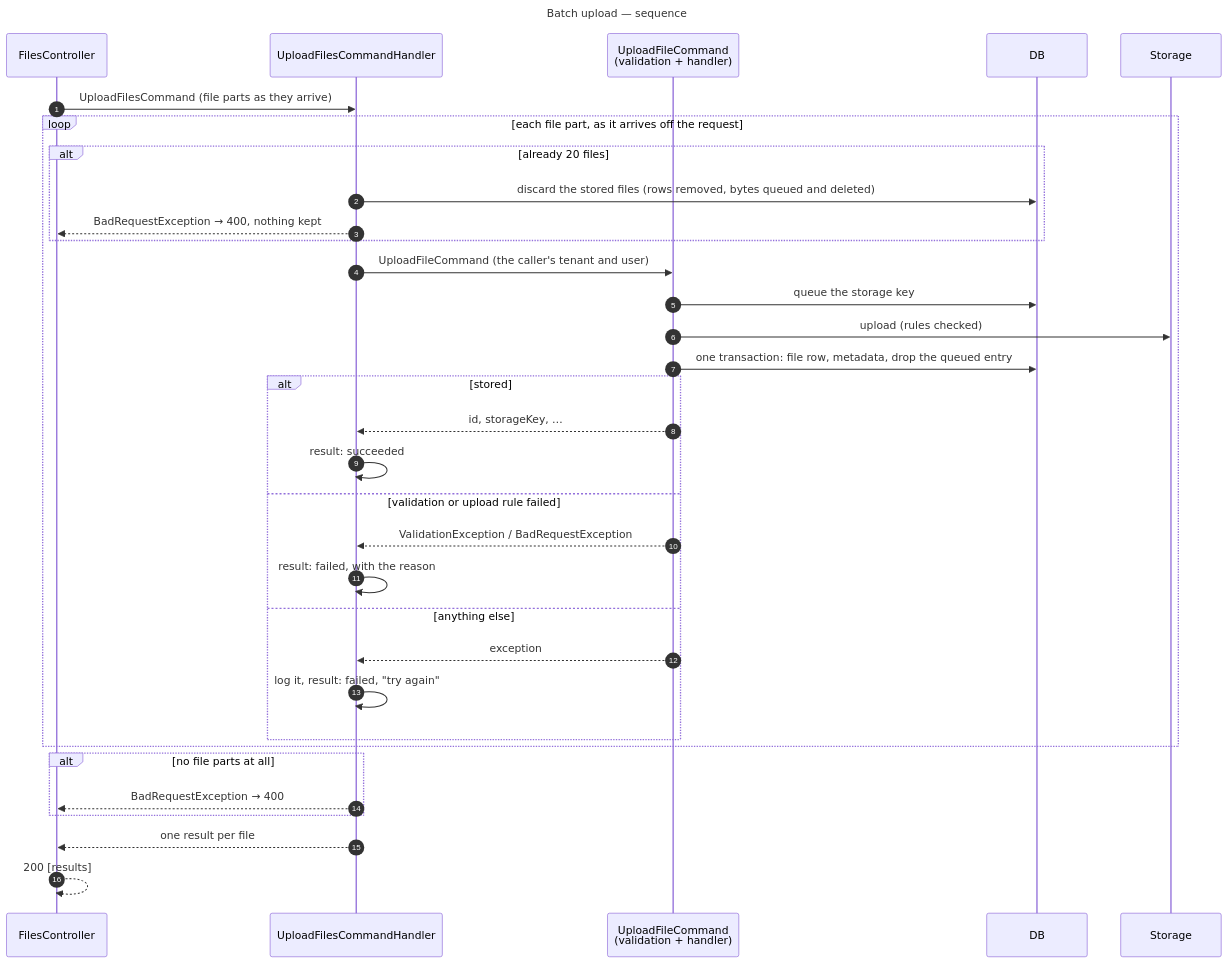
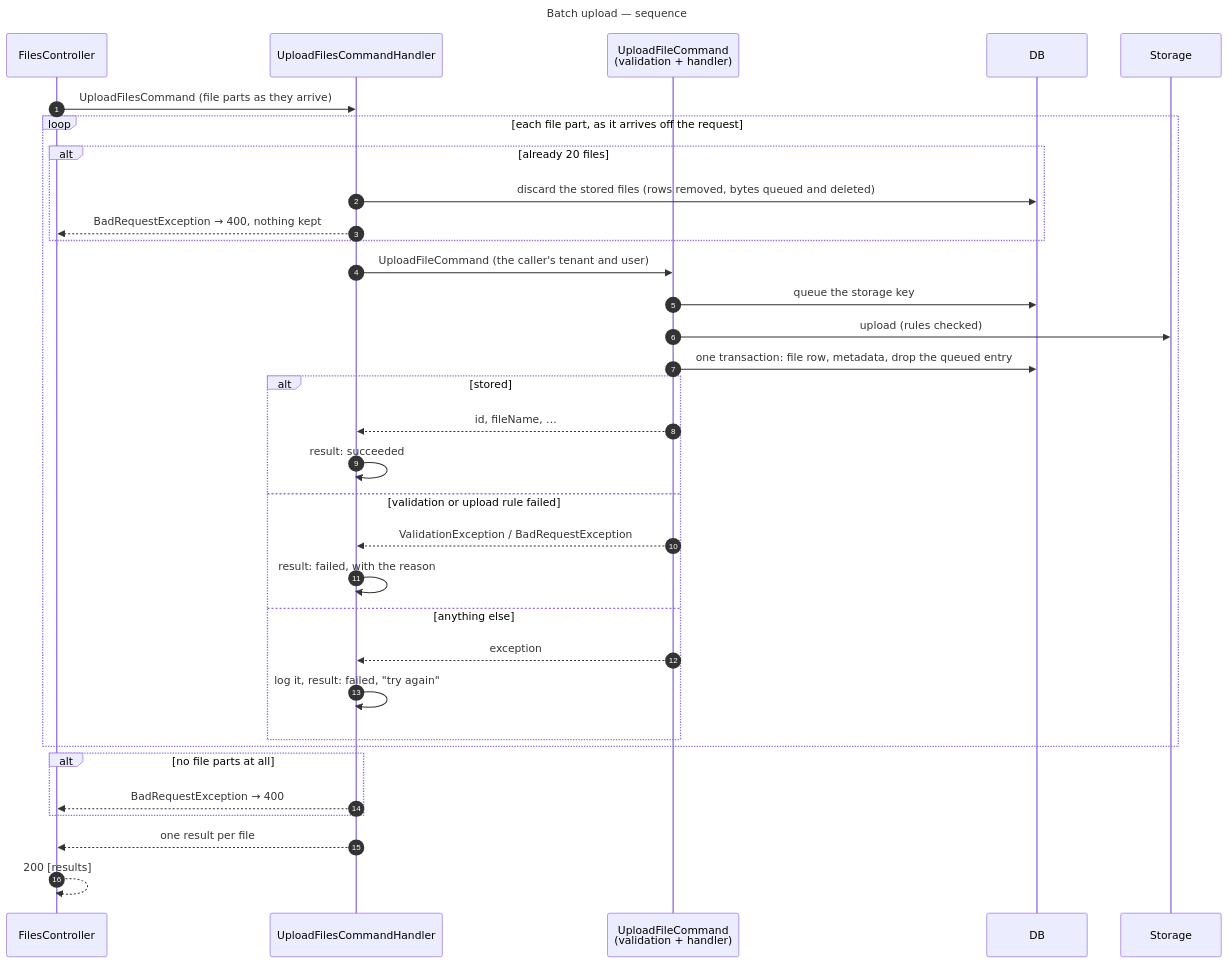
Before and after one commit to gmetskhvarishvili/GM.FileStorage.Samples: the fourth of 17 diagrams in docs/sequence-diagrams.md, drawn with Mermaid. The commit also changed other lines of this file and 30 other files, not shown here.

````diff
--- a/docs/sequence-diagrams.md
+++ b/docs/sequence-diagrams.md
@@ -150,39 +150,39 @@
 ```mermaid
 ---
 title: Batch upload — sequence
 ---
 sequenceDiagram
     autonumber
     participant C as FilesController
     participant B as UploadFilesCommandHandler
     participant U as UploadFileCommand<br/>(validation + handler)
     participant DB
     participant S as Storage
 
     C->>B: UploadFilesCommand (file parts as they arrive)
     loop each file part, as it arrives off the request
         alt already 20 files
             B->>DB: discard the stored files (rows removed, bytes queued and deleted)
             B-->>C: BadRequestException → 400, nothing kept
         end
         B->>U: UploadFileCommand (the caller's tenant and user)
         U->>DB: queue the storage key
         U->>S: upload (rules checked)
         U->>DB: one transaction: file row, metadata, drop the queued entry
         alt stored
-            U-->>B: id, storageKey, …
+            U-->>B: id, fileName, …
             B->>B: result: succeeded
         else validation or upload rule failed
             U-->>B: ValidationException / BadRequestException
             B->>B: result: failed, with the reason
         else anything else
             U-->>B: exception
             B->>B: log it, result: failed, "try again"
         end
     end
     alt no file parts at all
         B-->>C: BadRequestException → 400
     end
     B-->>C: one result per file
     C-->>C: 200 [results]
 ```
````
